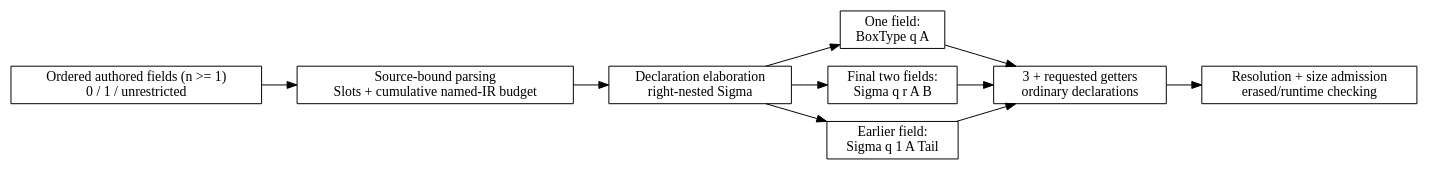
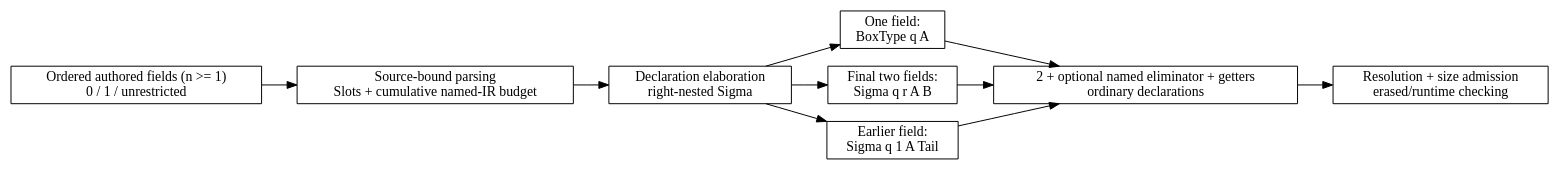
One commit to odunboye/fibril changed the diagram in docs/diagrams/record-telescopes.dot. Above: the diagram before and after it, drawn with Graphviz. The commit also changed 14 other files, not shown here.

Commit message:
Make named record and interface eliminators optional without hidden helpers

```diff
--- a/docs/diagrams/record-telescopes.dot
+++ b/docs/diagrams/record-telescopes.dot
@@ -1,20 +1,20 @@
 digraph RecordTelescopes {
   rankdir=LR;
   node [shape=box];
   authored [label="Ordered authored fields (n >= 1)\n0 / 1 / unrestricted"];
   admission [label="Source-bound parsing\nSlots + cumulative named-IR budget"];
   lowering [label="Declaration elaboration\nright-nested Sigma"];
   one [label="One field:\nBoxType q A"];
   two [label="Final two fields:\nSigma q r A B"];
   tail [label="Earlier field:\nSigma q 1 A Tail"];
-  generated [label="3 + requested getters\nordinary declarations"];
+  generated [label="2 + optional named eliminator + getters\nordinary declarations"];
   checker [label="Resolution + size admission\nerased/runtime checking"];
   authored -> admission -> lowering;
   lowering -> one;
   one -> generated;
   lowering -> two;
   lowering -> tail;
   two -> generated;
   tail -> generated;
   generated -> checker;
 }
```
